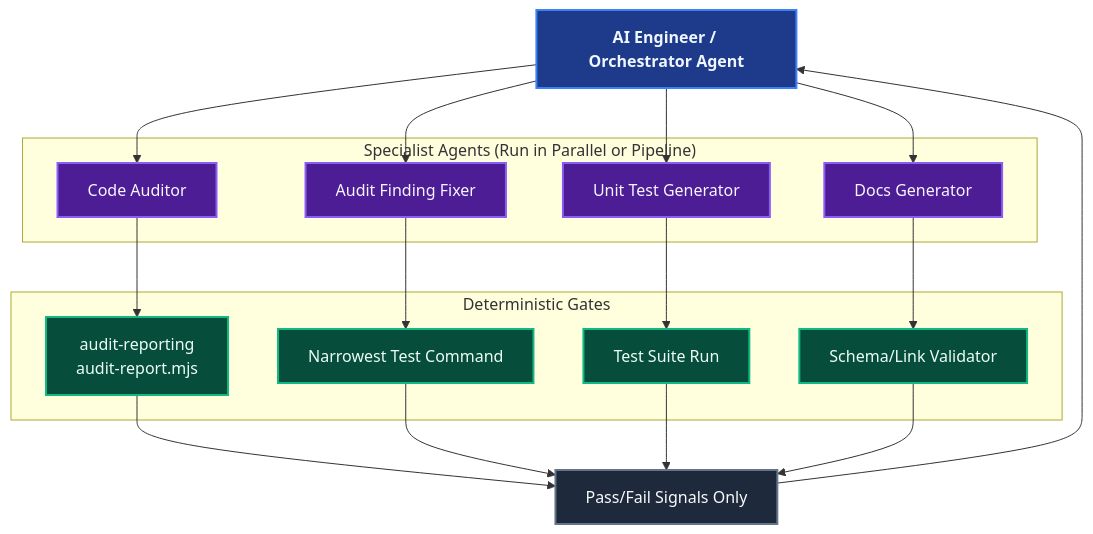
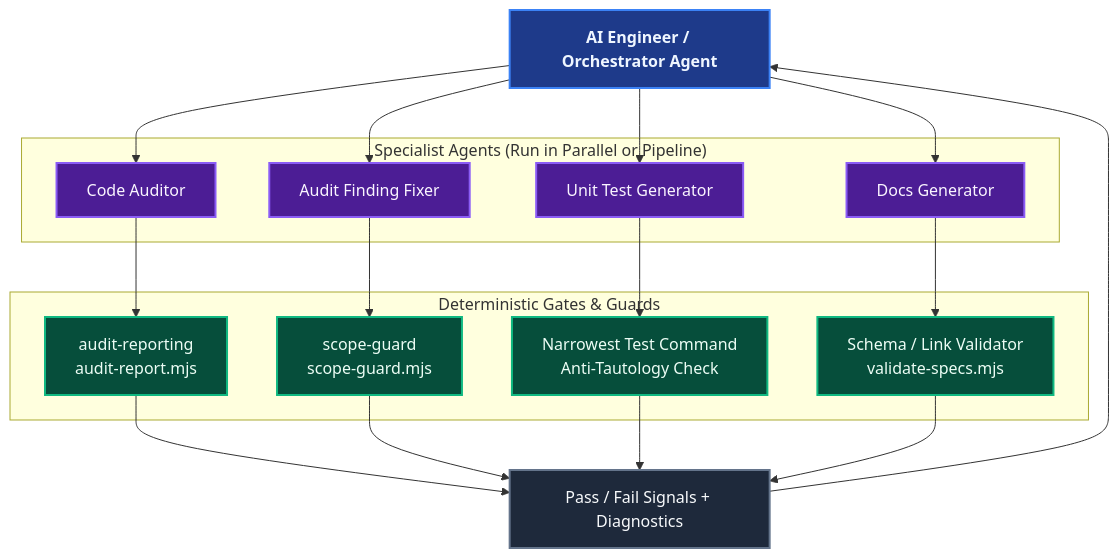
Before and after one commit to ALTEN-group/coding-pal: the third of 3 diagrams in website/docs/guide/deterministic-controls.md, drawn with Mermaid. The commit also changed other lines of this file and 41 other files, not shown here.

````diff
--- a/website/docs/guide/deterministic-controls.md
+++ b/website/docs/guide/deterministic-controls.md
@@ -58,42 +152,42 @@
 ```mermaid
 ---
 caption: Orchestrator Fan-Out Gated by Deterministic Controls
 ---
 flowchart TD
     ENG["<b>AI Engineer / Orchestrator Agent</b>"]
 
     subgraph Fleet ["Specialist Agents (Run in Parallel or Pipeline)"]
         AG1["Code Auditor"]
         AG2["Audit Finding Fixer"]
         AG3["Unit Test Generator"]
         AG4["Docs Generator"]
     end
 
-    subgraph Gates ["Deterministic Gates"]
+    subgraph Gates ["Deterministic Gates & Guards"]
         V1["audit-reporting<br/>audit-report.mjs"]
-        V2["Narrowest Test Command"]
-        V3["Test Suite Run"]
-        V4["Schema/Link Validator"]
+        V2["scope-guard<br/>scope-guard.mjs"]
+        V3["Narrowest Test Command<br/>Anti-Tautology Check"]
+        V4["Schema / Link Validator<br/>validate-specs.mjs"]
     end
 
     ENG --> AG1 --> V1
     ENG --> AG2 --> V2
     ENG --> AG3 --> V3
     ENG --> AG4 --> V4
 
-    V1 --> RESULT["Pass/Fail Signals Only"]
+    V1 --> RESULT["Pass / Fail Signals + Diagnostics"]
     V2 --> RESULT
     V3 --> RESULT
     V4 --> RESULT
     RESULT --> ENG
 
     classDef orchestrator fill:#1e3a8a,stroke:#3b82f6,stroke-width:2px,color:#eff6ff;
     classDef agent fill:#4c1d95,stroke:#8b5cf6,stroke-width:2px,color:#faf5ff;
     classDef gate fill:#064e3b,stroke:#10b981,stroke-width:2px,color:#ecfdf5;
     classDef result fill:#1e293b,stroke:#64748b,stroke-width:2px,color:#f8fafc;
 
     class ENG orchestrator;
     class AG1,AG2,AG3,AG4 agent;
     class V1,V2,V3,V4 gate;
     class RESULT result;
 ```
````
